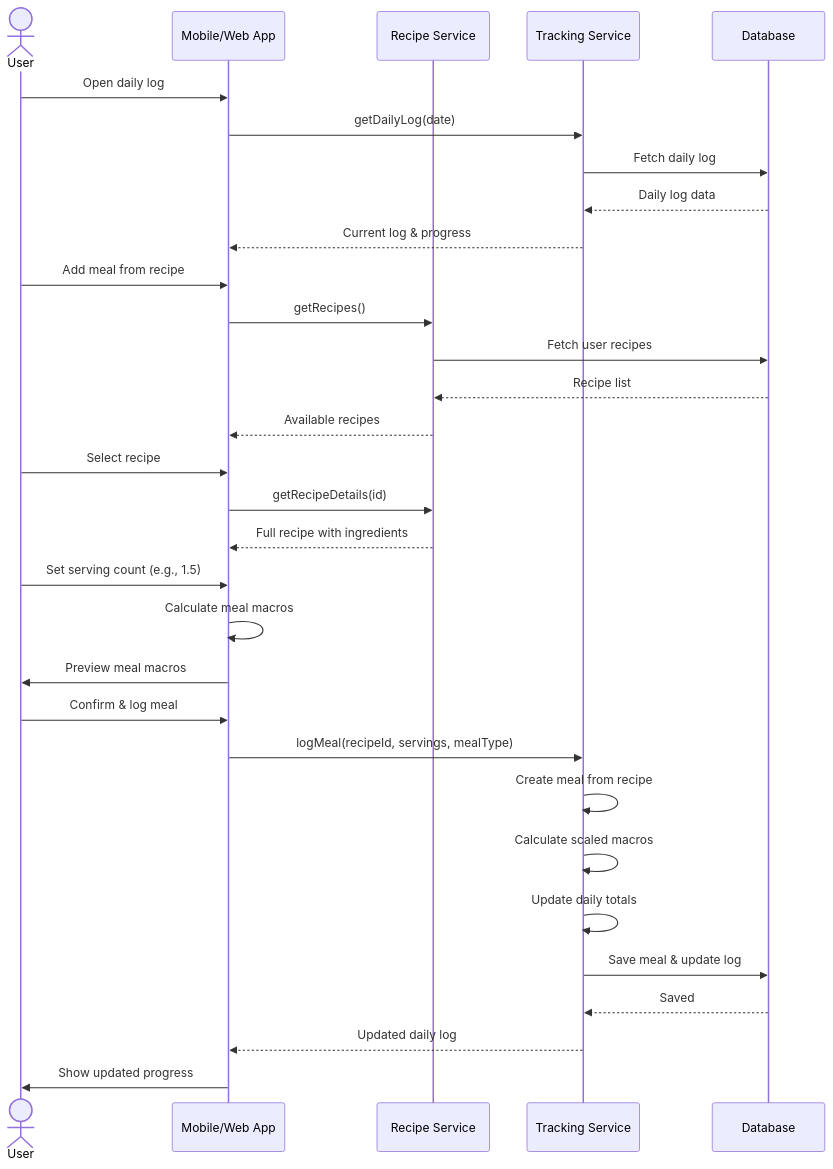
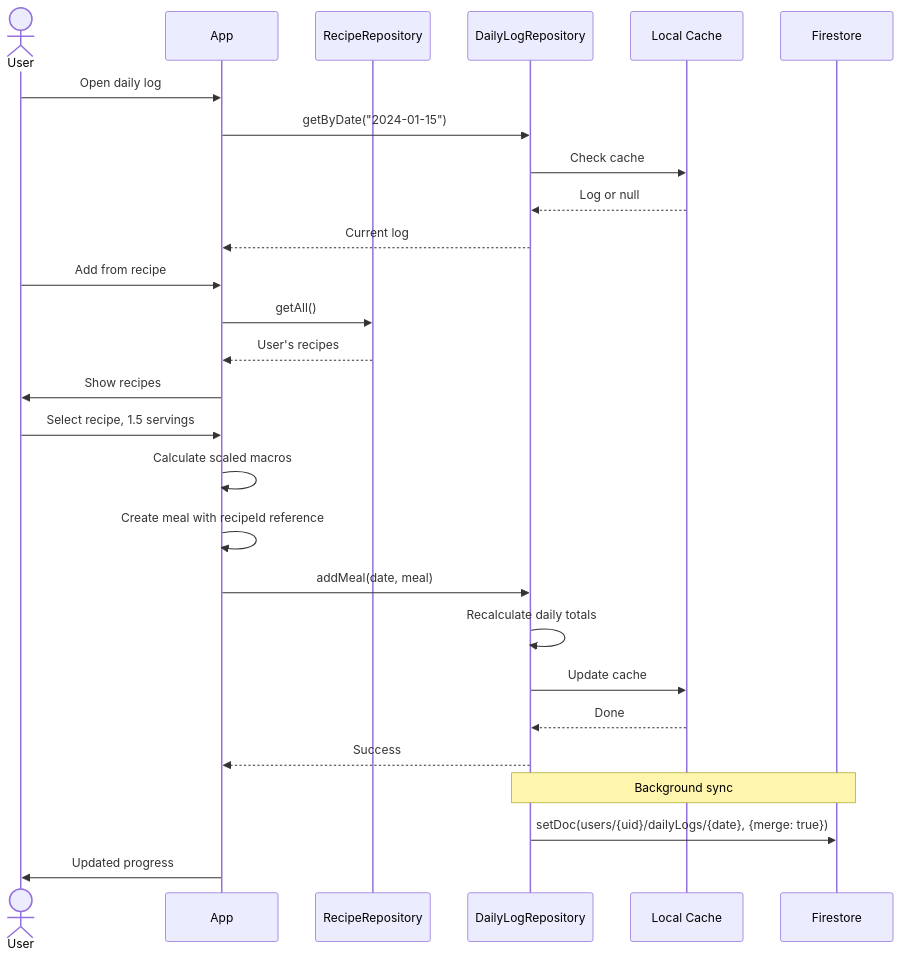
One commit to TimothyYao/meal-planning changed diagram 19 of 26 in doc/recipes-design.md. Above: the diagram before and after it, drawn with Mermaid. The commit also changed other lines of this file, not shown here.

First line of the commit message:
Update recipes design for Firestore with repository pattern

````diff
--- a/doc/recipes-design.md
+++ b/doc/recipes-design.md
@@ -377,40 +600,36 @@
 ```mermaid
 sequenceDiagram
     actor User
-    participant App as Mobile/Web App
-    participant RecipeService as Recipe Service
-    participant TrackingService as Tracking Service
-    participant DB as Database
+    participant App as App
+    participant RecipeRepo as RecipeRepository
+    participant LogRepo as DailyLogRepository
+    participant Cache as Local Cache
+    participant FS as Firestore
     
     User->>App: Open daily log
-    App->>TrackingService: getDailyLog(date)
-    TrackingService->>DB: Fetch daily log
-    DB-->>TrackingService: Daily log data
-    TrackingService-->>App: Current log & progress
+    App->>LogRepo: getByDate("2024-01-15")
+    LogRepo->>Cache: Check cache
+    Cache-->>LogRepo: Log or null
+    LogRepo-->>App: Current log
     
-    User->>App: Add meal from recipe
-    App->>RecipeService: getRecipes()
-    RecipeService->>DB: Fetch user recipes
-    DB-->>RecipeService: Recipe list
-    RecipeService-->>App: Available recipes
+    User->>App: Add from recipe
+    App->>RecipeRepo: getAll()
+    RecipeRepo-->>App: User's recipes
+    App->>User: Show recipes
     
-    User->>App: Select recipe
-    App->>RecipeService: getRecipeDetails(id)
-    RecipeService-->>App: Full recipe with ingredients
+    User->>App: Select recipe, 1.5 servings
     
-    User->>App: Set serving count (e.g., 1.5)
-    App->>App: Calculate meal macros
-    App->>User: Preview meal macros
+    App->>App: Calculate scaled macros
+    App->>App: Create meal with recipeId reference
     
-    User->>App: Confirm & log meal
-    App->>TrackingService: logMeal(recipeId, servings, mealType)
+    App->>LogRepo: addMeal(date, meal)
+    LogRepo->>LogRepo: Recalculate daily totals
+    LogRepo->>Cache: Update cache
+    Cache-->>LogRepo: Done
+    LogRepo-->>App: Success
     
-    TrackingService->>TrackingService: Create meal from recipe
-    TrackingService->>TrackingService: Calculate scaled macros
-    TrackingService->>TrackingService: Update daily totals
-    TrackingService->>DB: Save meal & update log
+    Note over LogRepo,FS: Background sync
+    LogRepo->>FS: setDoc(users/{uid}/dailyLogs/{date}, {merge: true})
     
-    DB-->>TrackingService: Saved
-    TrackingService-->>App: Updated daily log
-    App->>User: Show updated progress
+    App->>User: Updated progress
 ```
````
